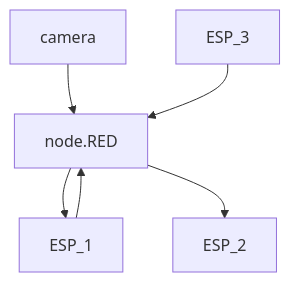
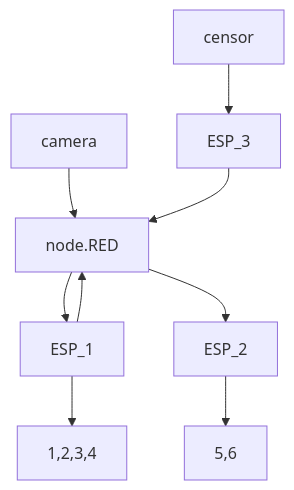
One commit to evry-paris-saclay/2023-m2cns-rd-ChaineDeValeurs changed the diagram in README.md. Above: the diagram before and after it, drawn with Mermaid.

````diff
--- a/README.md
+++ b/README.md
@@ -11,8 +11,11 @@
 ```mermaid
 graph TD;
     camera-->node.RED;
     node.RED-->ESP_1;
+    ESP_1-->Servo[1,2,3,4]
     ESP_1-->node.RED;
     node.RED-->ESP_2;
+    ESP_2-->servo[5,6];
+    censor-->ESP_3;
     ESP_3-->node.RED;
 ```
````
